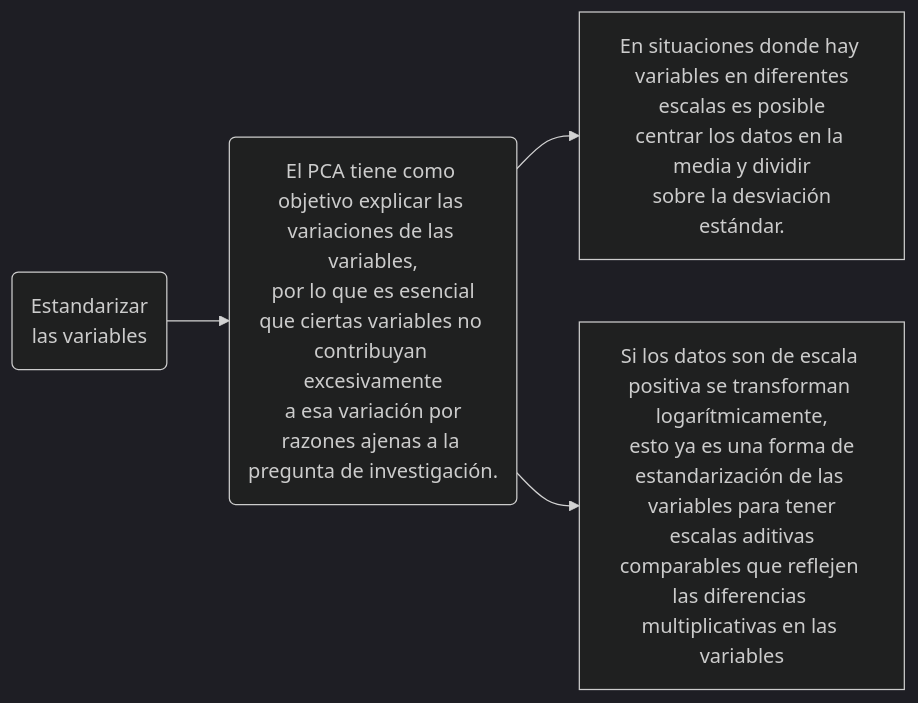
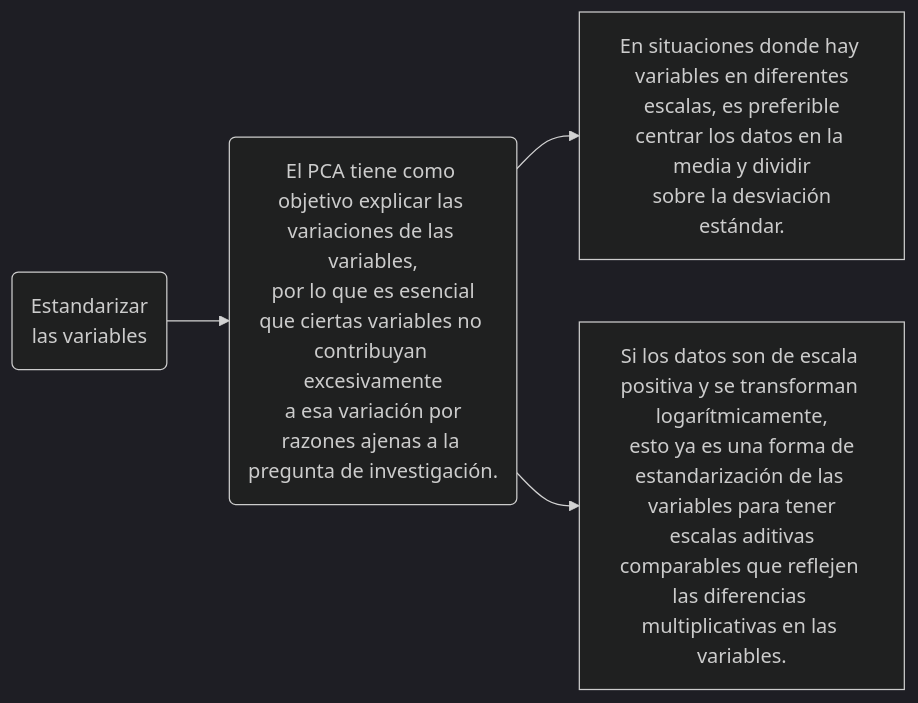
Before and after one commit to C-Mario/Diapositivas-PCA: the first of 2 diagrams in index.qmd, drawn with Mermaid (dark theme). The commit also changed other lines of this file and 27 other files, not shown here.

````diff
--- a/index.qmd
+++ b/index.qmd
@@ -236,6 +219,6 @@
 ```{mermaid}
 flowchart LR
   A(Estandarizar\n las variables) --> B(El PCA tiene como objetivo explicar las variaciones de las variables,\n por lo que es esencial que ciertas variables no contribuyan excesivamente\n a esa variación por razones ajenas a la pregunta de investigación.)
-  B --> C[En situaciones donde hay variables en diferentes\n escalas es posible centrar los datos en la media y dividir\n sobre la desviación estándar.]
-  B --> D[Si los datos son de escala positiva se transforman logarítmicamente,\n esto ya es una forma de estandarización de las variables para tener\n escalas aditivas comparables que reflejen las diferencias multiplicativas en las variables]
+  B --> C[En situaciones donde hay variables en diferentes\n escalas, es preferible centrar los datos en la media y dividir\n sobre la desviación estándar.]
+  B --> D[Si los datos son de escala positiva y se transforman logarítmicamente,\n esto ya es una forma de estandarización de las variables para tener\n escalas aditivas comparables que reflejen las diferencias multiplicativas en las variables.]
 ```
````
